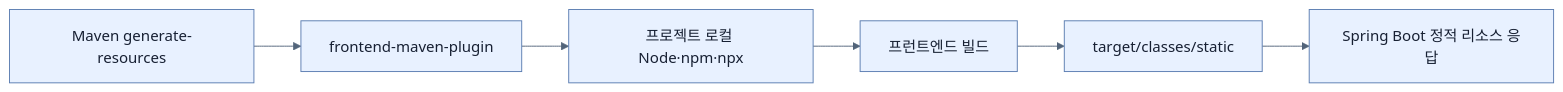
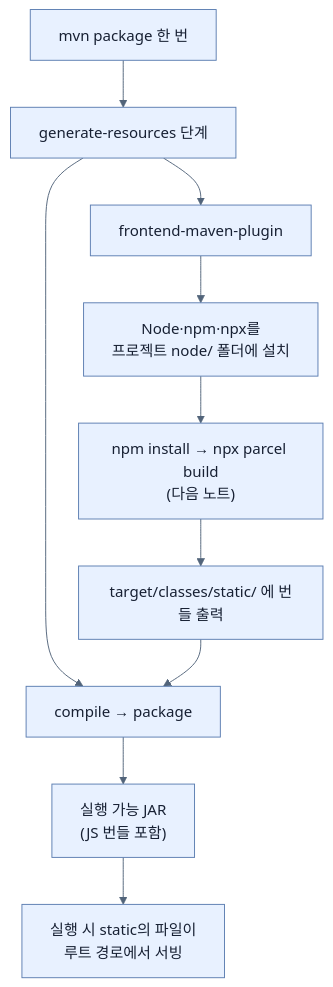
The diagram in spring-boot-4-pdf-notes/part-2-creating-an-application-with-spring-boot/chapter-2-creating-web-and-api-applications-with-spring-boot/06-integrating-nodejs-with-a-spring-boot-web-app.md (sing-u8/Learning_Spring_Boot_4), drawn with Mermaid before and after one commit. The commit also changed other lines of this file and 253 other files, not shown here.

````diff
--- a/spring-boot-4-pdf-notes/part-2-creating-an-application-with-spring-boot/chapter-2-creating-web-and-api-applications-with-spring-boot/06-integrating-nodejs-with-a-spring-boot-web-app.md
+++ b/spring-boot-4-pdf-notes/part-2-creating-an-application-with-spring-boot/chapter-2-creating-web-and-api-applications-with-spring-boot/06-integrating-nodejs-with-a-spring-boot-web-app.md
@@ -32,9 +161,13 @@
 ```mermaid
 %%{init: {'theme': 'base', 'themeVariables': {'background': '#ffffff', 'primaryColor': '#e8f1ff', 'primaryTextColor': '#172033', 'primaryBorderColor': '#5b7db1', 'lineColor': '#52647a', 'secondaryColor': '#f7fbff', 'tertiaryColor': '#fff7df'}}}%%
-flowchart LR
-    M[Maven generate-resources] --> P[frontend-maven-plugin]
-    P --> N[프로젝트 로컬 Node·npm·npx]
-    N --> B[프런트엔드 빌드]
-    B --> S[target/classes/static]
-    S --> H[Spring Boot 정적 리소스 응답]
+flowchart TD
+    M["mvn package 한 번"] --> GR["generate-resources 단계"]
+    GR --> P["frontend-maven-plugin"]
+    P --> D["Node·npm·npx를<br/>프로젝트 node/ 폴더에 설치"]
+    D --> B["npm install → npx parcel build<br/>(다음 노트)"]
+    B --> O["target/classes/static/ 에 번들 출력"]
+    GR --> C["compile → package"]
+    O --> C
+    C --> J["실행 가능 JAR<br/>(JS 번들 포함)"]
+    J --> R["실행 시 static의 파일이<br/>루트 경로에서 서빙"]
 ```
````
